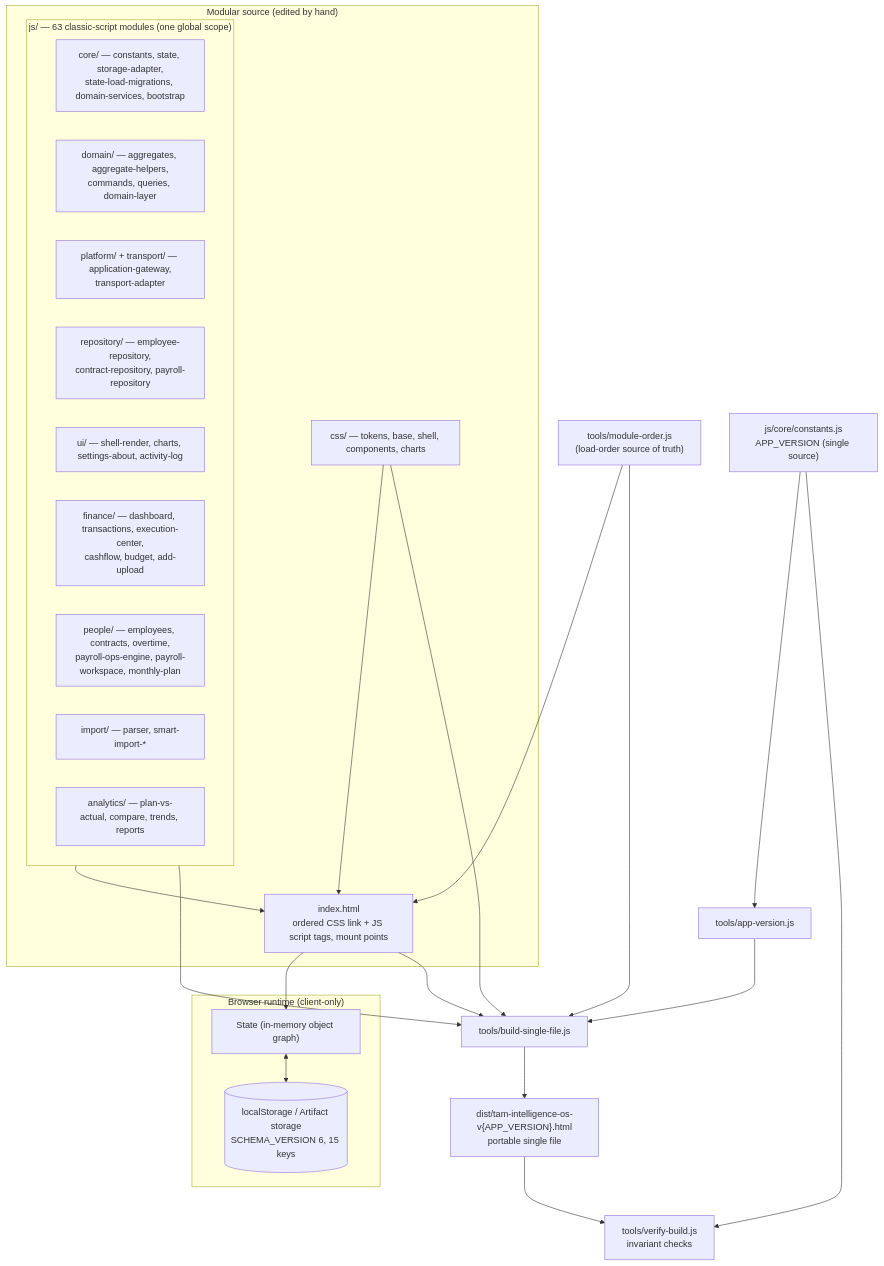
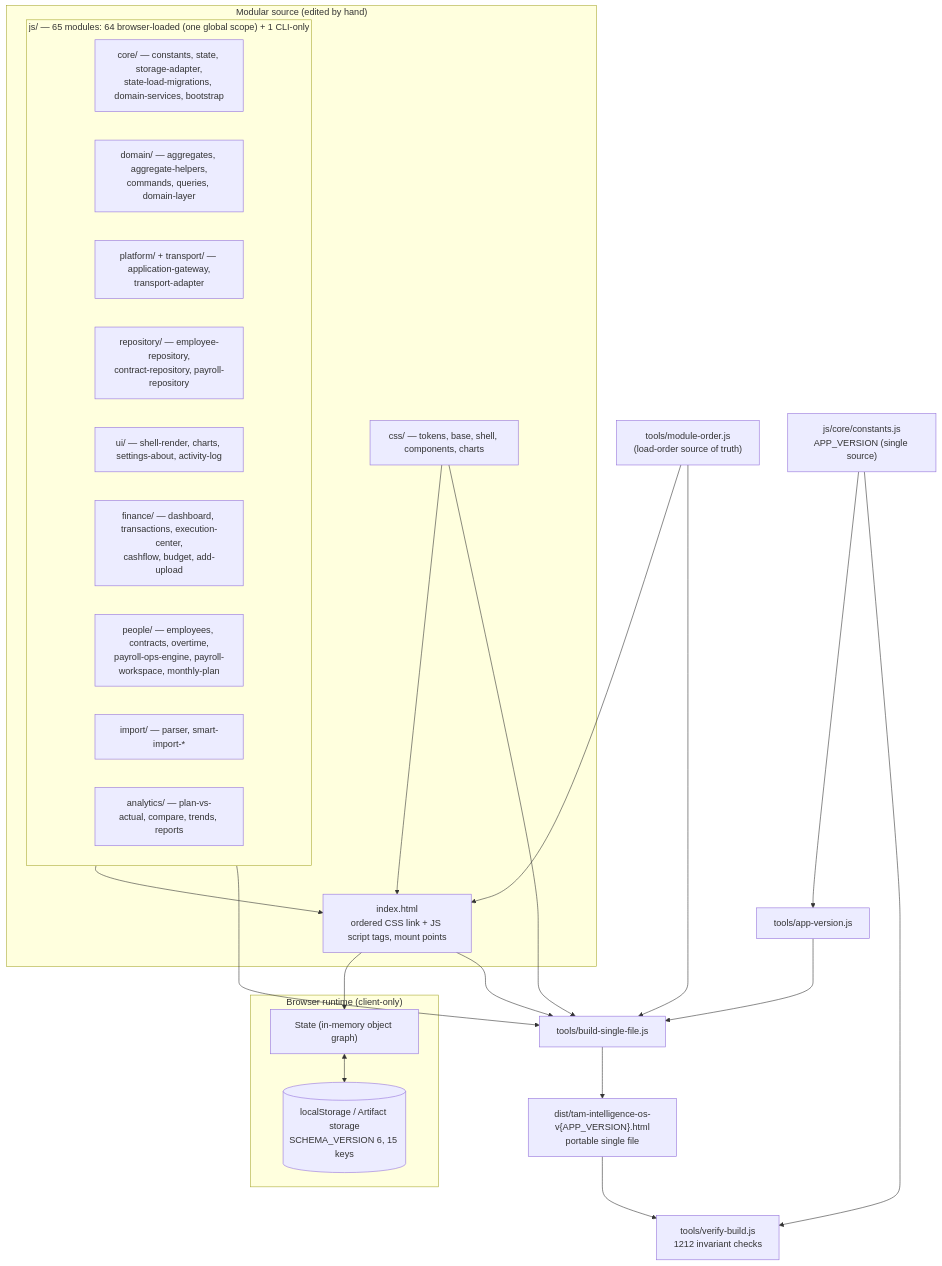
Before and after one commit to fanoryu/TAM-Intelligence-OS: the first of 3 diagrams in ARCHITECTURE.md, drawn with Mermaid. The commit also changed other lines of this file and 1 other file, not shown here.

````diff
--- a/ARCHITECTURE.md
+++ b/ARCHITECTURE.md
@@ -33,45 +45,45 @@
 ```mermaid
 flowchart TD
   subgraph SRC["Modular source (edited by hand)"]
     IDX["index.html<br/>ordered CSS link + JS script tags, mount points"]
     CSS["css/ — tokens, base, shell, components, charts"]
-    subgraph JSMOD["js/ — 63 classic-script modules (one global scope)"]
+    subgraph JSMOD["js/ — 65 modules: 64 browser-loaded (one global scope) + 1 CLI-only"]
       CORE["core/ — constants, state, storage-adapter,<br/>state-load-migrations, domain-services, bootstrap"]
       DOM["domain/ — aggregates, aggregate-helpers,<br/>commands, queries, domain-layer"]
       PLAT["platform/ + transport/ — application-gateway,<br/>transport-adapter"]
       REPO["repository/ — employee-repository,<br/>contract-repository, payroll-repository"]
       UI["ui/ — shell-render, charts, settings-about, activity-log"]
       FIN["finance/ — dashboard, transactions, execution-center,<br/>cashflow, budget, add-upload"]
       PPL["people/ — employees, contracts, overtime,<br/>payroll-ops-engine, payroll-workspace, monthly-plan"]
       IMP["import/ — parser, smart-import-*"]
       ANA["analytics/ — plan-vs-actual, compare, trends, reports"]
     end
   end
 
   subgraph RUN["Browser runtime (client-only)"]
     STATE["State (in-memory object graph)"]
     LS[("localStorage / Artifact storage<br/>SCHEMA_VERSION 6, 15 keys")]
   end
 
   ORDER["tools/module-order.js<br/>(load-order source of truth)"]
   CONST["js/core/constants.js<br/>APP_VERSION (single source)"]
   AV["tools/app-version.js"]
   BUILD["tools/build-single-file.js"]
-  VERIFY["tools/verify-build.js<br/>invariant checks"]
+  VERIFY["tools/verify-build.js<br/>1212 invariant checks"]
   DIST["dist/tam-intelligence-os-v{APP_VERSION}.html<br/>portable single file"]
 
   CSS --> IDX
   JSMOD --> IDX
   IDX --> STATE
   STATE <--> LS
 
   ORDER --> IDX
   ORDER --> BUILD
   CONST --> AV --> BUILD
   IDX --> BUILD
   CSS --> BUILD
   JSMOD --> BUILD
   BUILD --> DIST
   DIST --> VERIFY
   CONST --> VERIFY
 ```
````
